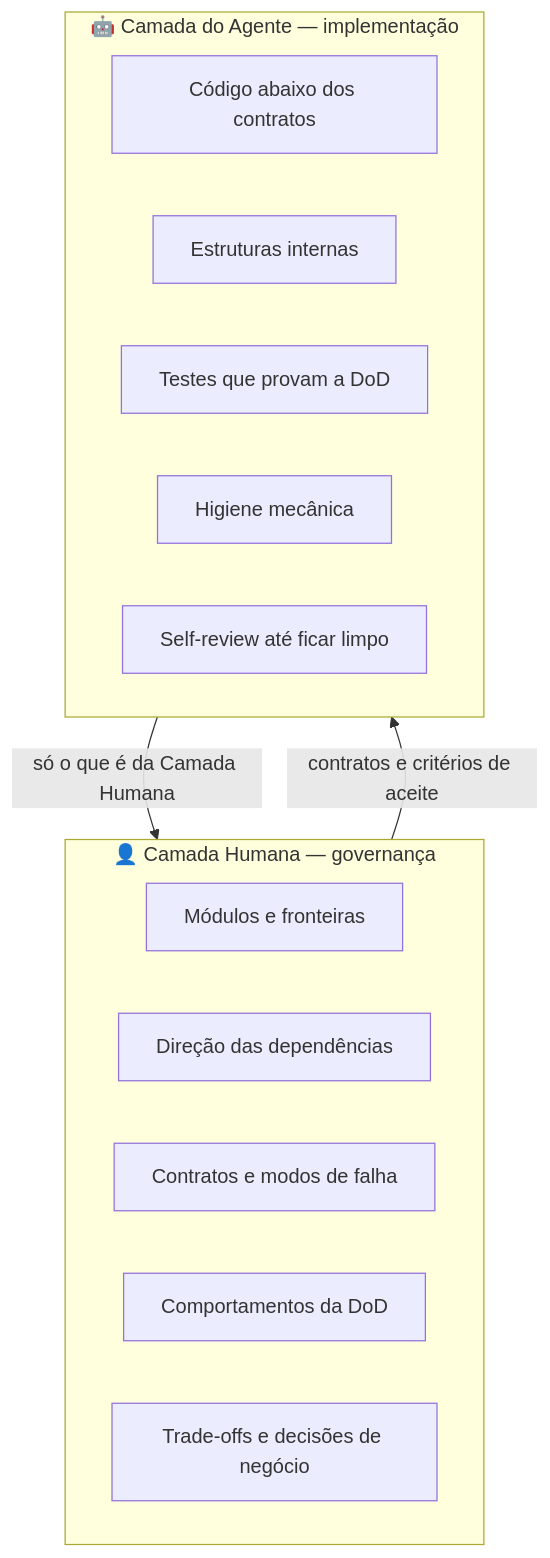
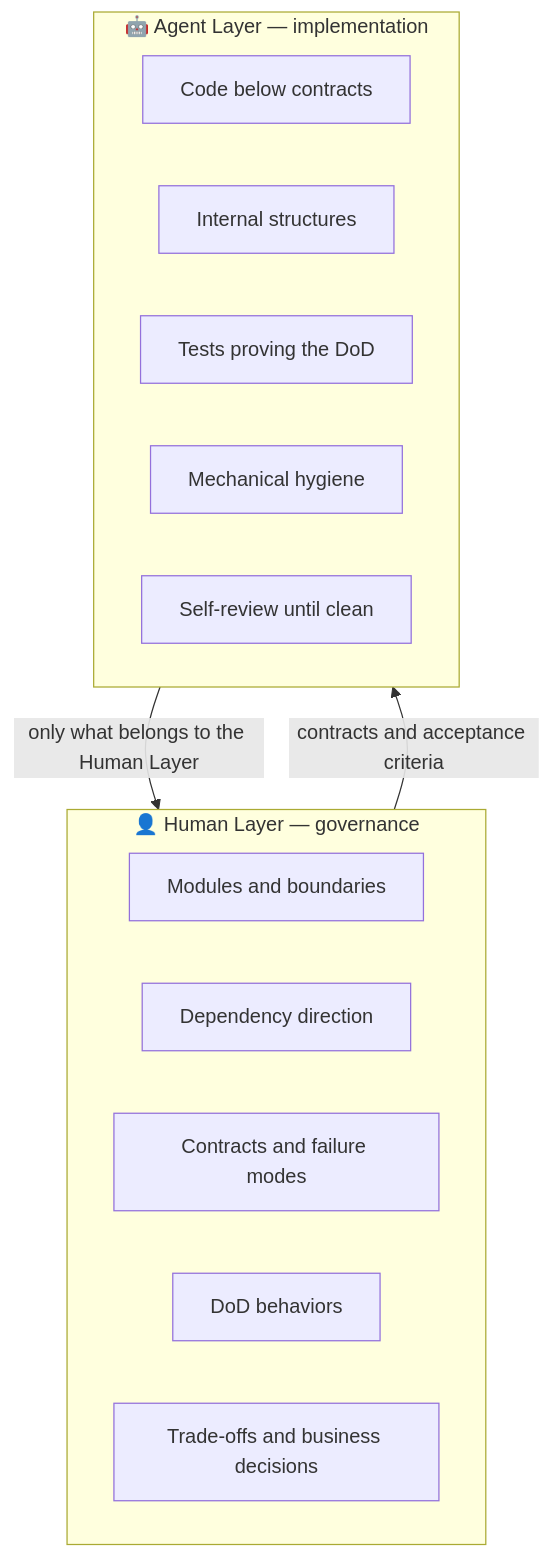
Before and after one commit to tiagoornelas/ai-skills: the first of 2 diagrams in README.md, drawn with Mermaid. The commit also changed other lines of this file and 49 other files, not shown here.

````diff
--- a/README.md
+++ b/README.md
@@ -19,21 +19,21 @@
 ```mermaid
 graph TB
-  subgraph H["👤 Camada Humana — governança"]
+  subgraph H["👤 Human Layer — governance"]
     direction LR
-    H1["Módulos e fronteiras"]
-    H2["Direção das dependências"]
-    H3["Contratos e modos de falha"]
-    H4["Comportamentos da DoD"]
-    H5["Trade-offs e decisões de negócio"]
+    H1["Modules and boundaries"]
+    H2["Dependency direction"]
+    H3["Contracts and failure modes"]
+    H4["DoD behaviors"]
+    H5["Trade-offs and business decisions"]
   end
-  subgraph A["🤖 Camada do Agente — implementação"]
+  subgraph A["🤖 Agent Layer — implementation"]
     direction LR
-    A1["Código abaixo dos contratos"]
-    A2["Estruturas internas"]
-    A3["Testes que provam a DoD"]
-    A4["Higiene mecânica"]
-    A5["Self-review até ficar limpo"]
+    A1["Code below contracts"]
+    A2["Internal structures"]
+    A3["Tests proving the DoD"]
+    A4["Mechanical hygiene"]
+    A5["Self-review until clean"]
   end
-  H -- "contratos e critérios de aceite" --> A
-  A -- "só o que é da Camada Humana" --> H
+  H -- "contracts and acceptance criteria" --> A
+  A -- "only what belongs to the Human Layer" --> H
 ```
````
